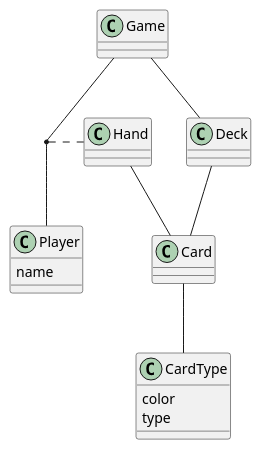
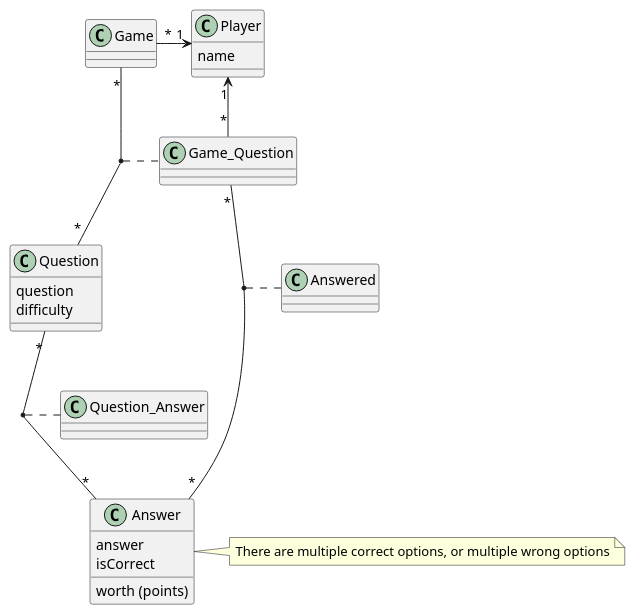
The diagram in asciidocs/plantuml/classDiagramm.puml (2122-3bhitm-itp/02-project-uno), drawn with PlantUML before and after one commit. The commit also changed 2 other files, not shown here.

```diff
--- a/asciidocs/plantuml/classDiagramm.puml
+++ b/asciidocs/plantuml/classDiagramm.puml
@@ -1,24 +1,49 @@
 @startuml
 skinparam backgroundcolor transparent
 skinparam shadowing false
 
-class Game {}
-class Player {
+top to bottom direction
+
+class Game{}
+
+class Player{
     name
 }
-class Hand {}
-class Card {}
-class Deck {}
-class CardType {
-    color
-    type
+
+class Question {
+    question
+    difficulty
 }
 
-Game -- Player
-(Player, Game) .. Hand
-Hand -- Card
-Card -- CardType
-Game -- Deck
-Deck -- Card
+class Answer{
+    answer
+    isCorrect
+    worth (points)
+}
 
+class Game_Question{}
+
+class Question_Answer{}
+
+class Answered{}
+
+Player "1" <-left- "*" Game
+
+Game_Question "*"-left->"1" Player
+
+Game "*" -- "*" Question
+
+(Game,Question) .. Game_Question
+
+Question "*"--"*" Answer
+
+Question_Answer .. (Question, Answer)
+
+Game_Question "*"--"*" Answer
+
+(Game_Question, Answer) .. Answered
+
+note right of Answer
+    There are multiple correct options, or multiple wrong options
+end note
 @enduml
```
